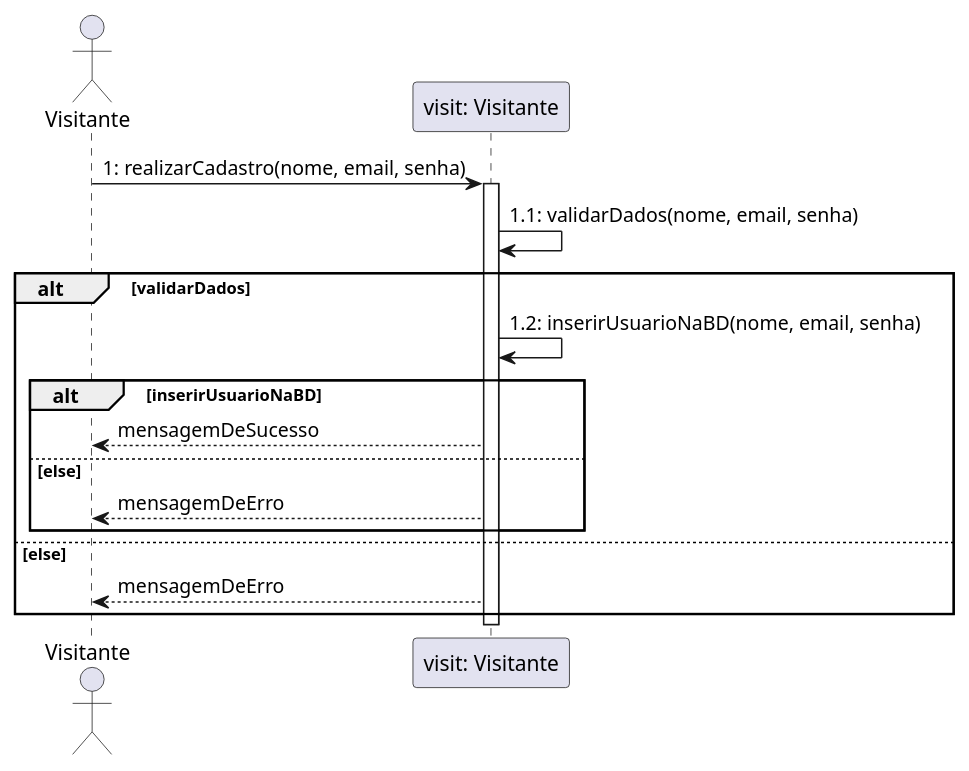
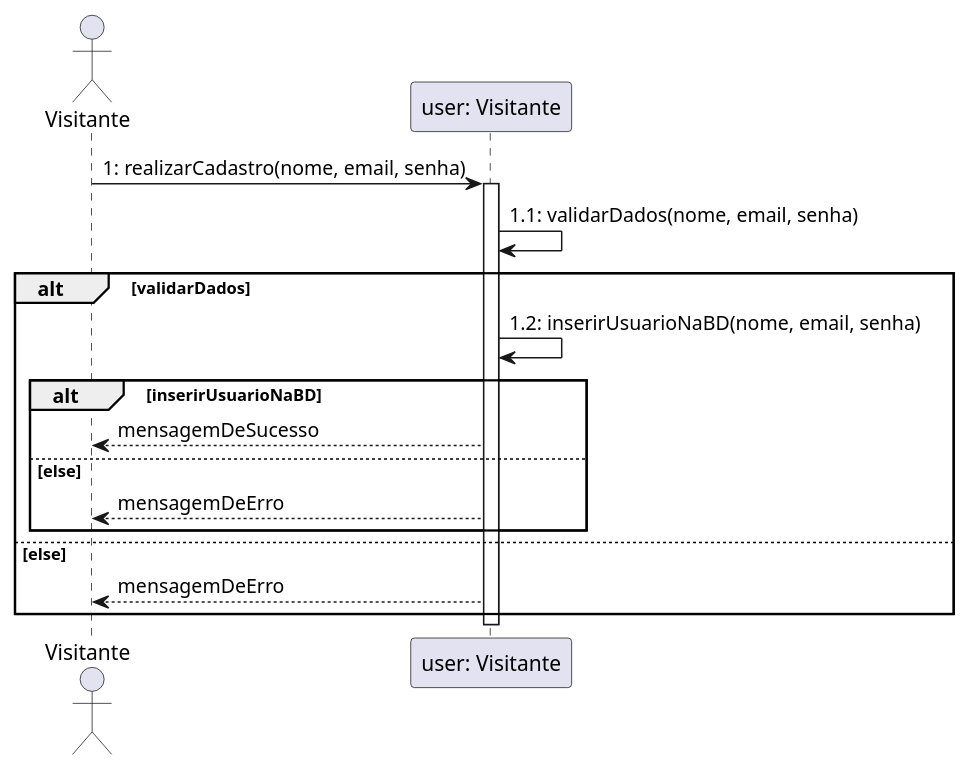
One commit to lucasg-mm/ensinet changed the diagram in diagramas_interacao/diagramas_sequencia/sequencia.plantuml. Above: the diagram before and after it, drawn with PlantUML.

Commit message:
Muda nome do objeto Visitante para 'user'

```diff
--- a/diagramas_interacao/diagramas_sequencia/sequencia.plantuml
+++ b/diagramas_interacao/diagramas_sequencia/sequencia.plantuml
@@ -1,20 +1,20 @@
 @startuml realizar_Sistema
 actor Visitante
 
-Visitante->"visit: Visitante": 1: realizarCadastro(nome, email, senha)
-Activate "visit: Visitante"
-"visit: Visitante"->"visit: Visitante": 1.1: validarDados(nome, email, senha)
+Visitante->"user: Visitante": 1: realizarCadastro(nome, email, senha)
+Activate "user: Visitante"
+"user: Visitante"->"user: Visitante": 1.1: validarDados(nome, email, senha)
 
 alt validarDados
-"visit: Visitante"->"visit: Visitante": 1.2: inserirUsuarioNaBD(nome, email, senha)
+"user: Visitante"->"user: Visitante": 1.2: inserirUsuarioNaBD(nome, email, senha)
 alt inserirUsuarioNaBD
-"visit: Visitante"-->Visitante: mensagemDeSucesso
+"user: Visitante"-->Visitante: mensagemDeSucesso
 else else
-"visit: Visitante"-->Visitante: mensagemDeErro
+"user: Visitante"-->Visitante: mensagemDeErro
 end
 else else
-"visit: Visitante"-->Visitante: mensagemDeErro
+"user: Visitante"-->Visitante: mensagemDeErro
 end
-deactivate "visit: Visitante"
+deactivate "user: Visitante"
 
 @enduml
```
